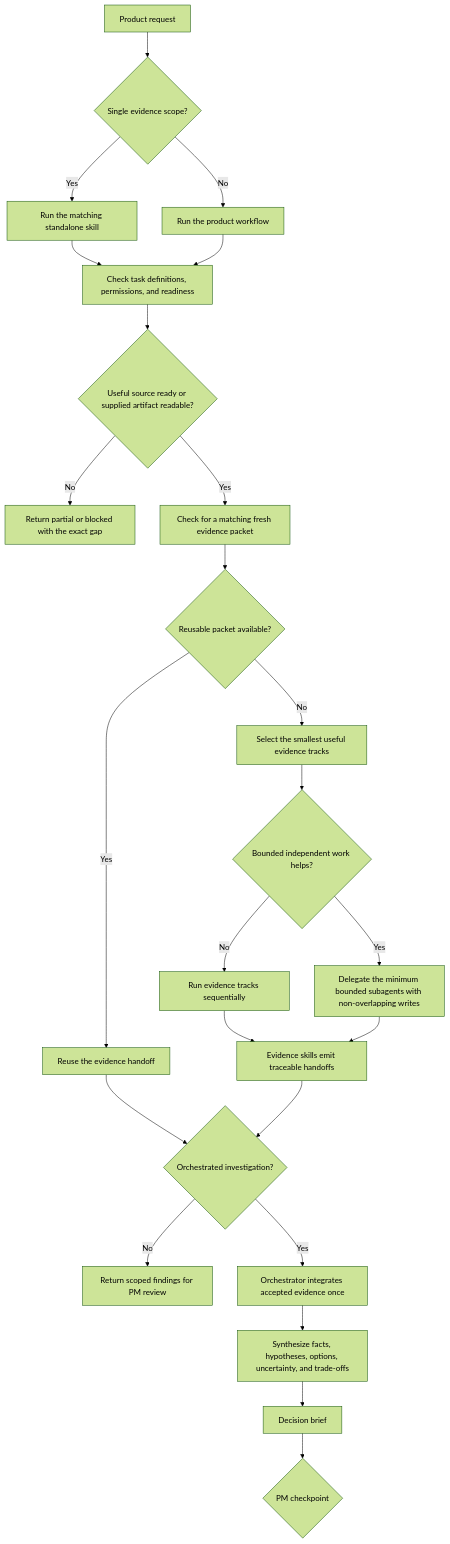
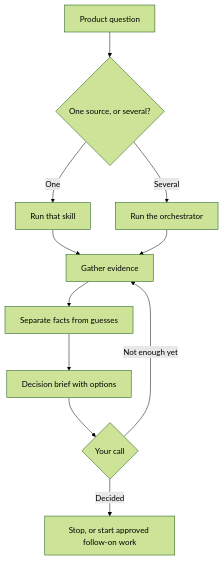
Before and after one commit to adhyayanrathi01/product-manager-os: the second of 5 diagrams in docs/FLOWS.md, drawn with Mermaid (forest theme). The commit also changed other lines of this file and 4 other files, not shown here.

First line of the commit message:
v0.4.1: rewrite FLOWS.md in plain language

````diff
--- a/docs/FLOWS.md
+++ b/docs/FLOWS.md
@@ -31,26 +33,13 @@
 ```mermaid
 flowchart TD
-    A[Product request] --> B{Single evidence scope?}
-    B -->|Yes| C[Run the matching standalone skill]
-    B -->|No| D[Run the product workflow]
-    C --> E[Check task definitions, permissions, and readiness]
+    A[Product question] --> B{One source, or several?}
+    B -->|One| C[Run that skill]
+    B -->|Several| D[Run the orchestrator]
+    C --> E[Gather evidence]
     D --> E
-    E --> F{Useful source ready or supplied artifact readable?}
-    F -->|No| G[Return partial or blocked with the exact gap]
-    F -->|Yes| H[Check for a matching fresh evidence packet]
-    H --> I{Reusable packet available?}
-    I -->|Yes| J[Reuse the evidence handoff]
-    I -->|No| K[Select the smallest useful evidence tracks]
-    K --> L{Bounded independent work helps?}
-    L -->|No| M[Run evidence tracks sequentially]
-    L -->|Yes| N[Delegate the minimum bounded subagents with non-overlapping writes]
-    M --> O[Evidence skills emit traceable handoffs]
-    N --> O
-    J --> P{Orchestrated investigation?}
-    O --> P
-    P -->|No| Q[Return scoped findings for PM review]
-    P -->|Yes| R[Orchestrator integrates accepted evidence once]
-    R --> S[Synthesize facts, hypotheses, options, uncertainty, and trade-offs]
-    S --> T[Decision brief]
-    T --> U{PM checkpoint}
+    E --> F[Separate facts from guesses]
+    F --> G[Decision brief with options]
+    G --> H{Your call}
+    H -->|Not enough yet| E
+    H -->|Decided| I[Stop, or start approved follow-on work]
 ```
````
